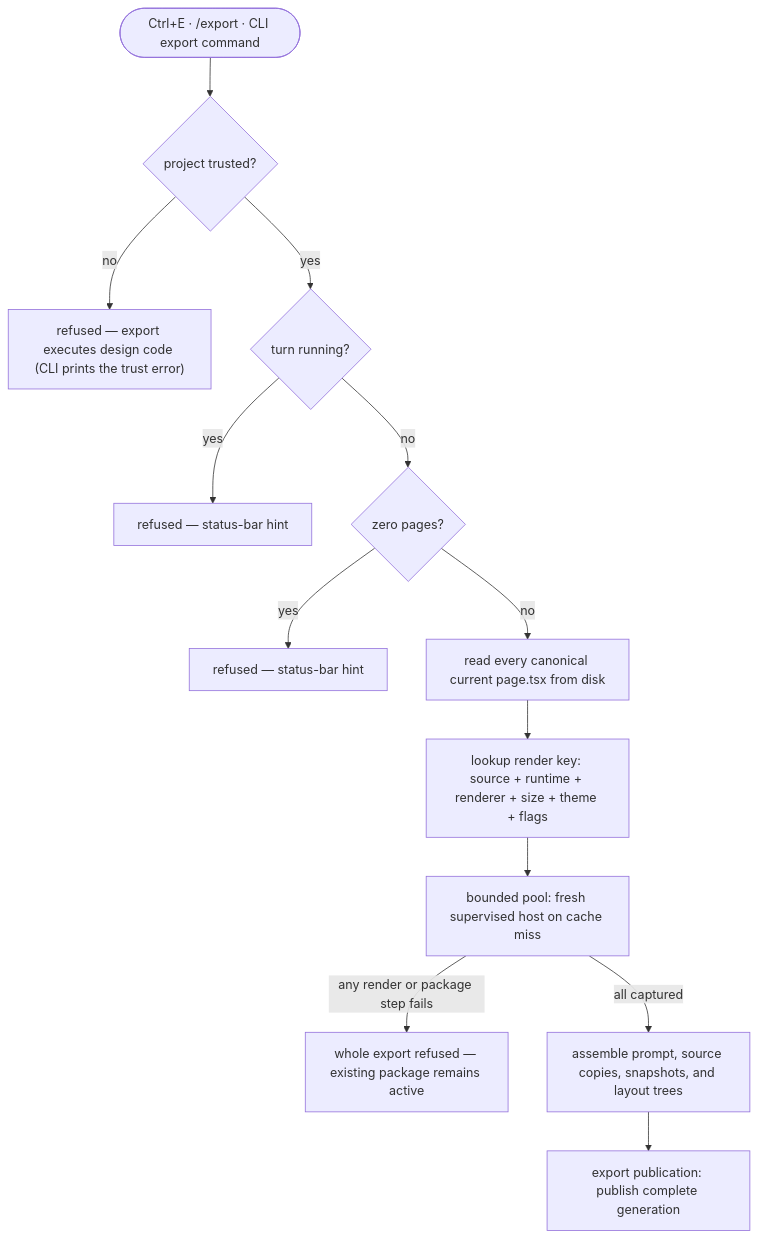
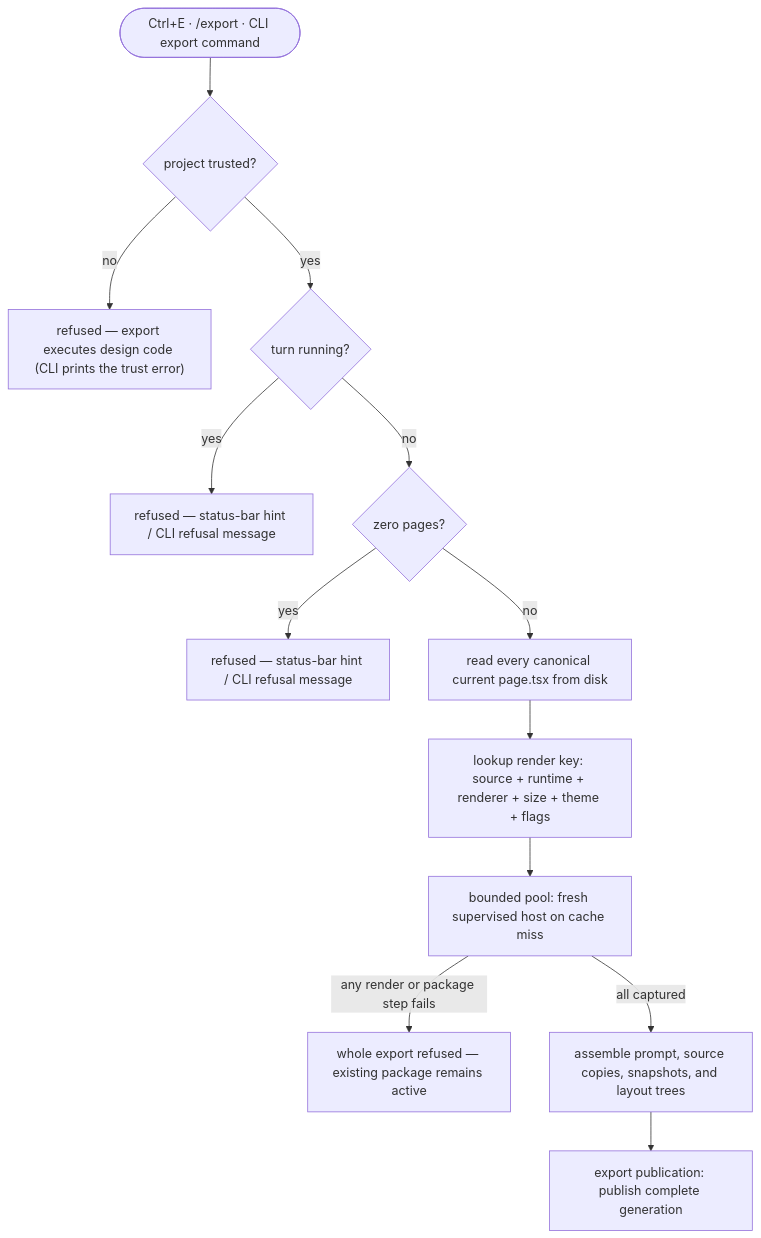
The diagram in docs/architecture/flows/export.md (khmilevoi/termcraft), drawn with Mermaid before and after one commit. The commit also changed other lines of this file and 5 other files, not shown here.

First line of the commit message:
docs(architecture): record the landed WP-5 export CLI and durable publish

````diff
--- a/docs/architecture/flows/export.md
+++ b/docs/architecture/flows/export.md
@@ -3,15 +3,15 @@
 ```mermaid
 flowchart TD
     trigger(["Ctrl+E · /export · CLI export command"]) --> trust{"project trusted?"}
     trust -- "no" --> hint0["refused — export executes design code (CLI prints the trust error)"]
     trust -- "yes" --> busy{"turn running?"}
-    busy -- "yes" --> hint1["refused — status-bar hint"]
+    busy -- "yes" --> hint1["refused — status-bar hint / CLI refusal message"]
     busy -- "no" --> empty{"zero pages?"}
-    empty -- "yes" --> hint2["refused — status-bar hint"]
+    empty -- "yes" --> hint2["refused — status-bar hint / CLI refusal message"]
     empty -- "no" --> source["read every canonical current page.tsx from disk"]
     source --> cache["lookup render key: source + runtime + renderer + size + theme + flags"]
     cache --> snap["bounded pool: fresh supervised host on cache miss"]
     snap -- "any render or package step fails" --> fail["whole export refused — existing package remains active"]
     snap -- "all captured" --> assemble["assemble prompt, source copies, snapshots, and layout trees"]
     assemble --> publish["export publication: publish complete generation"]
 ```
````
